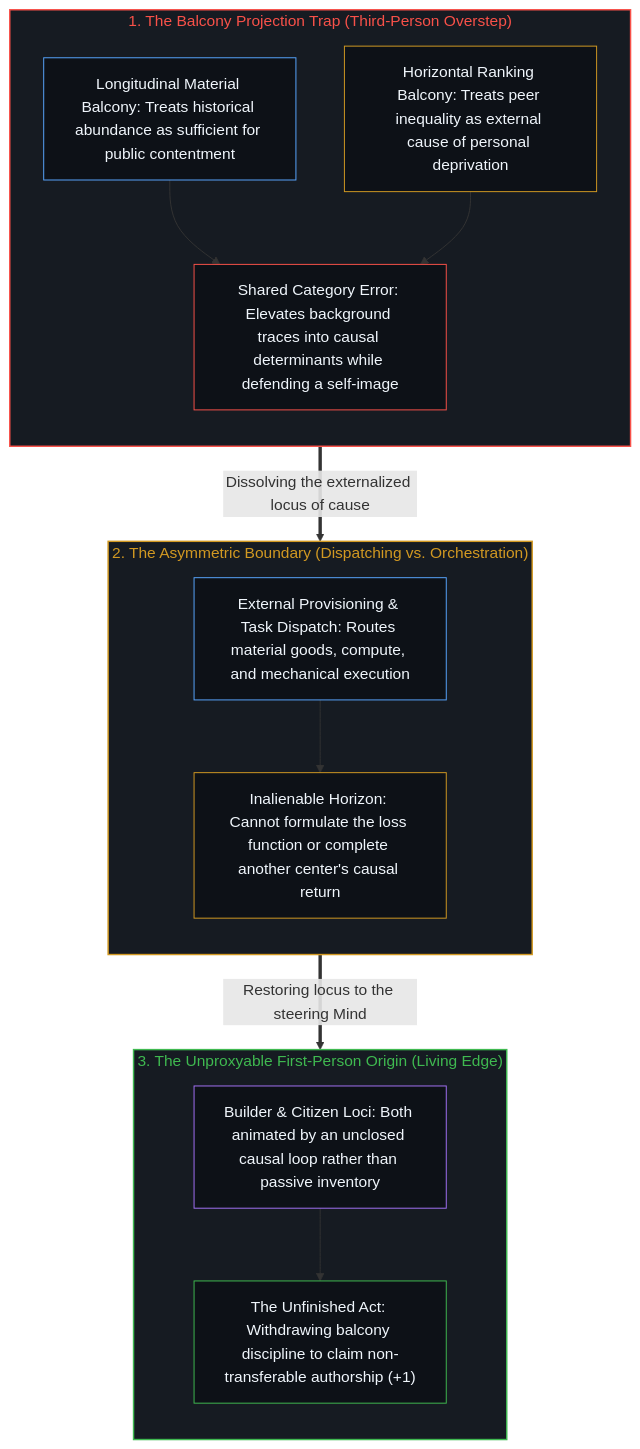
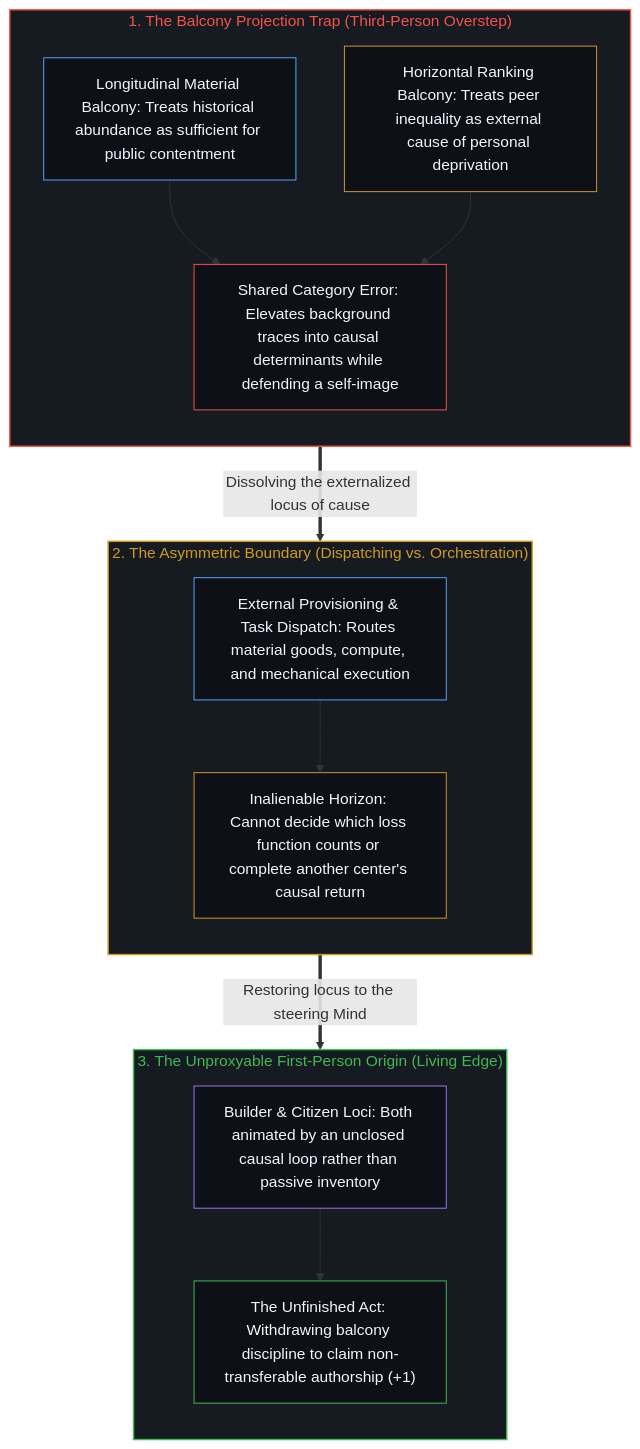
One commit to powerpig99/not-a-toe changed the second of 2 diagrams in content/posts/the-balcony-disciplinary-overstep-and-the-unproxyable-act.md. Above: the diagram before and after it, drawn with Mermaid. The commit also changed other lines of this file and 1 other file, not shown here.

````diff
--- a/content/posts/the-balcony-disciplinary-overstep-and-the-unproxyable-act.md
+++ b/content/posts/the-balcony-disciplinary-overstep-and-the-unproxyable-act.md
@@ -113,35 +113,35 @@
 ```mermaid
 flowchart TD
     subgraph S_Balcony["1. The Balcony Projection Trap (Third-Person Overstep)"]
         direction TB
         B_Long["Longitudinal Material Balcony: Treats historical abundance as sufficient for public contentment"]
         B_Horiz["Horizontal Ranking Balcony: Treats peer inequality as external cause of personal deprivation"]
         B_Error["Shared Category Error: Elevates background traces into causal determinants while defending a self-image"]
         B_Long --> B_Error
         B_Horiz --> B_Error
     end
     subgraph S_Split["2. The Asymmetric Boundary (Dispatching vs. Orchestration)"]
         direction TB
         D_Route["External Provisioning & Task Dispatch: Routes material goods, compute, and mechanical execution"]
-        D_Limit["Inalienable Horizon: Cannot formulate the loss function or complete another center's causal return"]
+        D_Limit["Inalienable Horizon: Cannot decide which loss function counts or complete another center's causal return"]
         D_Route --> D_Limit
     end
     subgraph S_Origin["3. The Unproxyable First-Person Origin (Living Edge)"]
         direction TB
         O_Edge["Builder & Citizen Loci: Both animated by an unclosed causal loop rather than passive inventory"]
         O_Act["The Unfinished Act: Withdrawing balcony discipline to claim non-transferable authorship (+1)"]
         O_Edge --> O_Act
     end
     B_Error ==>|"Dissolving the externalized locus of cause"| D_Route
     D_Limit ==>|"Restoring locus to the steering Mind"| O_Edge
     style S_Balcony fill:#161b22,stroke:#f85149,stroke-width:1.5px,color:#f85149
     style S_Split fill:#161b22,stroke:#d29922,stroke-width:1.5px,color:#d29922
     style S_Origin fill:#161b22,stroke:#3fb950,stroke-width:1.5px,color:#3fb950
     style B_Long fill:#0d1117,stroke:#58a6ff,stroke-width:1px,color:#f0f6fc
     style B_Horiz fill:#0d1117,stroke:#d29922,stroke-width:1px,color:#f0f6fc
     style B_Error fill:#0d1117,stroke:#f85149,stroke-width:1px,color:#f0f6fc
     style D_Route fill:#0d1117,stroke:#58a6ff,stroke-width:1px,color:#f0f6fc
     style D_Limit fill:#0d1117,stroke:#d29922,stroke-width:1px,color:#f0f6fc
     style O_Edge fill:#0d1117,stroke:#a371f7,stroke-width:1px,color:#f0f6fc
     style O_Act fill:#0d1117,stroke:#3fb950,stroke-width:1px,color:#f0f6fc
 ```
````
